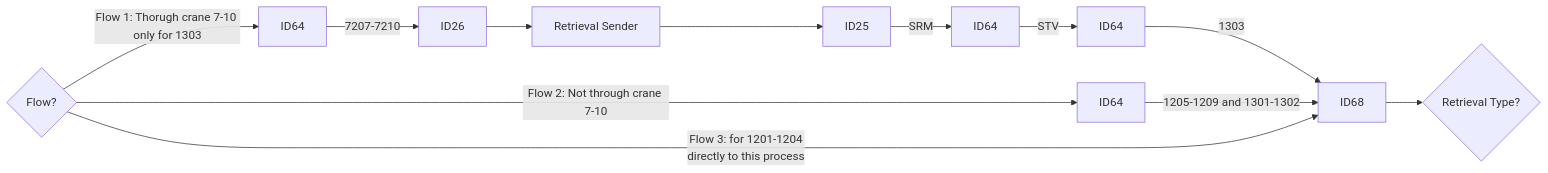
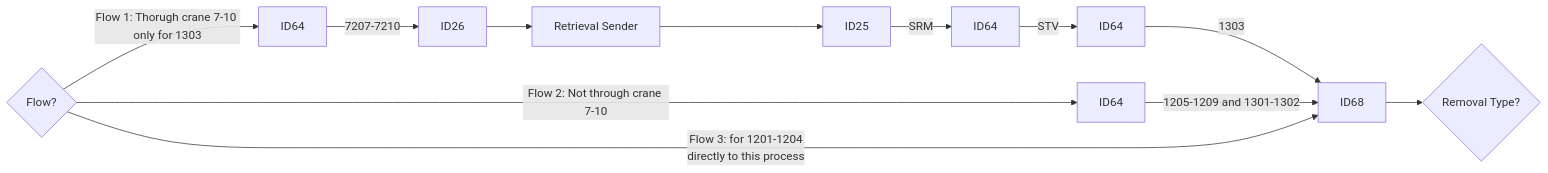
Before and after one commit to luthfiadityaa/SimeDarby-Wiki: the third of 21 diagrams in Basic-Design/DFD-WMS/Retrieval/Specific-Location-Retrieval-Setting.md, drawn with Mermaid.

Commit message:
Updated Specific Location Retrieval Setting

```diff
--- a/Basic-Design/DFD-WMS/Retrieval/Specific-Location-Retrieval-Setting.md
+++ b/Basic-Design/DFD-WMS/Retrieval/Specific-Location-Retrieval-Setting.md
@@ -26,12 +26,12 @@
 ::: mermaid
 flowchart LR
 
 Cond1{Flow?} 
 
 Cond1{Flow?}--> |Flow 1: Thorugh crane 7-10 only for 1303| P5[ID64]--> |7207-7210| P8[ID26]-->P9[Retrieval Sender]-->P10[ID25]--> |SRM| P11[ID64]--> |STV| P12[ID64]--> |1303| P7[ID68]
 Cond1{Flow?}--> |Flow 2: Not through crane 7-10| P6[ID64]--> |1205-1209 and 1301-1302| P7[ID68]
 Cond1{Flow?}--> |Flow 3: for 1201-1204 
 directly to this process| P7[ID68]
 
-P7[ID68]-->Cond2{Retrieval Type?} 
+P7[ID68]-->Cond2{Removal Type?} 
 :::
```
